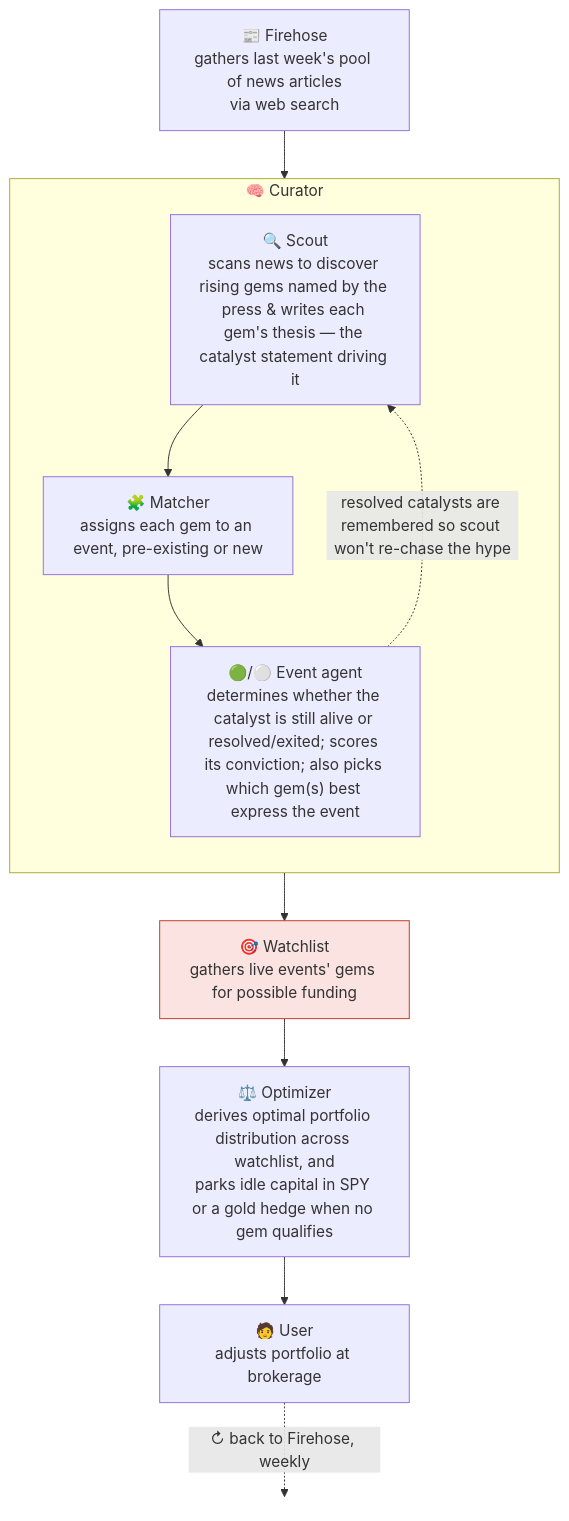
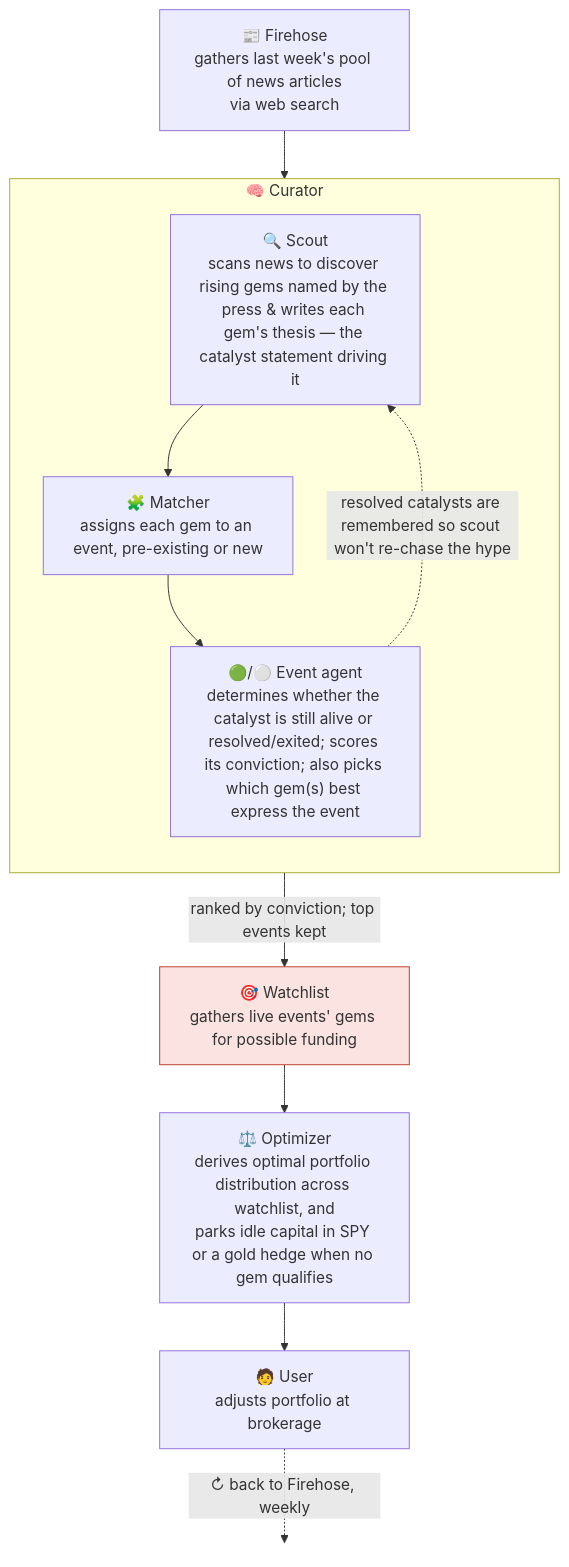
One commit to joehahn/geo-herd-rider changed the diagram in README.md. Above: the diagram before and after it, drawn with Mermaid. The commit also changed other lines of this file, not shown here.

Commit message:
README: surface the conviction-ranking step (gem bullet + diagram edge 'ranked by conviction; top events kept')
The watchlist isn't just the agent's basket -> optimizer; events are first ranked by conviction (vs each
other and the SPY/gold floors) and only the top ones' baskets form the watchlist. Added that to the gem
bullet and labeled the event-agent -> watchlist edge in the diagram (was missing).

````diff
--- a/README.md
+++ b/README.md
@@ -18,26 +18,26 @@
 ```mermaid
 flowchart TD
     S["📰 Firehose<br/>gathers last week's pool of news articles<br/>via web search"]
     S --> SC
 
     subgraph CUR["🧠 Curator"]
       direction TB
       SC["🔍 Scout<br/>scans news to discover rising gems named by the press & writes each gem's thesis — the catalyst statement driving it"]
       MA["🧩 Matcher<br/>assigns each gem to an event, pre-existing or new"]
       AG["🟢/⚪ Event agent<br/>determines whether the catalyst is still alive or resolved/exited; scores its conviction; also picks which gem(s) best express the event"]
       SC --> MA --> AG
     end
 
     E["🎯 Watchlist<br/>gathers live events' gems for possible funding"]
     W["⚖️ Optimizer<br/>derives optimal portfolio distribution across watchlist, and<br/>parks idle capital in SPY or a gold hedge when no gem qualifies"]
     U["🧑 User<br/>adjusts portfolio at brokerage"]
 
-    AG --> E
+    AG -- "ranked by conviction; top events kept" --> E
     AG -. "resolved catalysts are remembered so scout won't re-chase the hype" .-> SC
     E --> W --> U
     U -. "↻ back to Firehose, weekly" .-> X(( ))
     style X fill:none,stroke:none
 
     classDef bet fill:#fae3e0,stroke:#c0392b;
     class E bet
 ```
````
